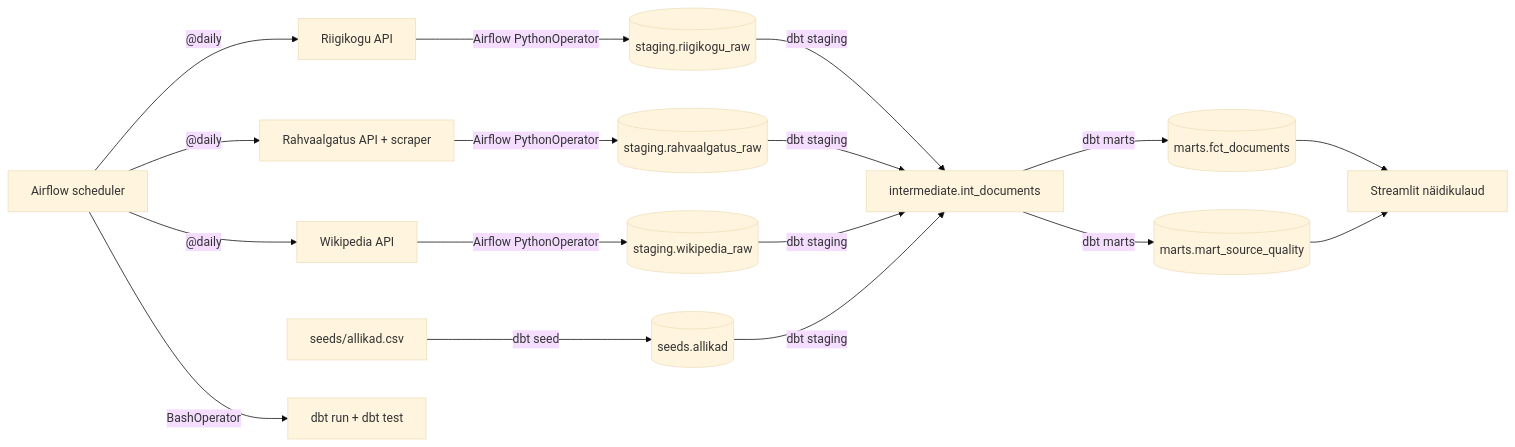
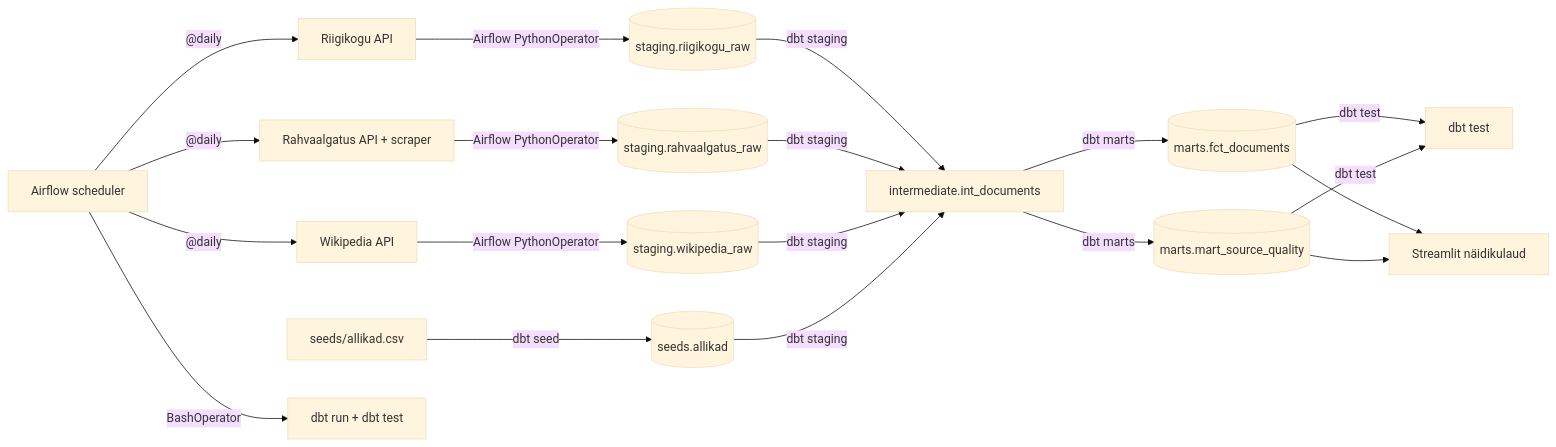
One commit to eleriaedmaa/tekstiandmete_kvaliteet changed the diagram in docs/arhitektuur.md. Above: the diagram before and after it, drawn with Mermaid (base theme).

Commit message:
Joonise uuendus

````diff
--- a/docs/arhitektuur.md
+++ b/docs/arhitektuur.md
@@ -27,24 +27,27 @@
 ```mermaid
 flowchart LR
     csv[seeds/allikad.csv] -->|dbt seed| allikad[(seeds.allikad)]
 
     rk[Riigikogu API] -->|Airflow PythonOperator| rk_raw[(staging.riigikogu_raw)]
     ra[Rahvaalgatus API + scraper] -->|Airflow PythonOperator| ra_raw[(staging.rahvaalgatus_raw)]
     wp[Wikipedia API] -->|Airflow PythonOperator| wp_raw[(staging.wikipedia_raw)]
 
     rk_raw -->|dbt staging| int[intermediate.int_documents]
     ra_raw -->|dbt staging| int
     wp_raw -->|dbt staging| int
     allikad -->|dbt staging| int
 
     int -->|dbt marts| fct[(marts.fct_documents)]
     int -->|dbt marts| quality[(marts.mart_source_quality)]
 
+    fct -->|dbt test| tests[dbt test]
+    quality -->|dbt test| tests
+
     fct --> dashboard[Streamlit näidikulaud]
     quality --> dashboard
 
     airflow[Airflow scheduler] -->|"@daily"| rk
     airflow -->|"@daily"| ra
     airflow -->|"@daily"| wp
     airflow -->|BashOperator| dbt[dbt run + dbt test]
 ```
````
